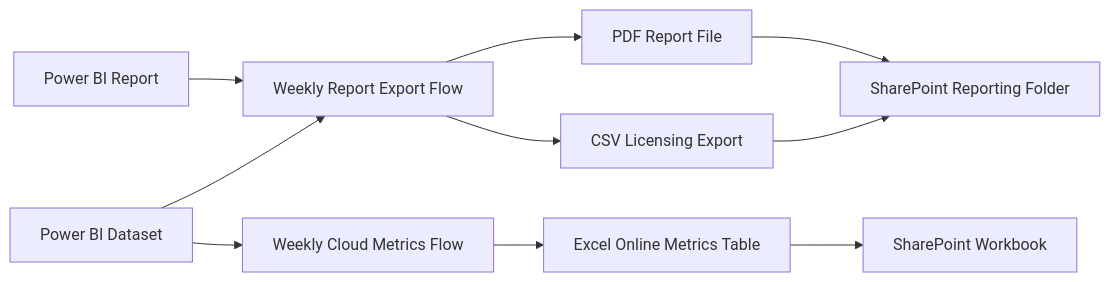
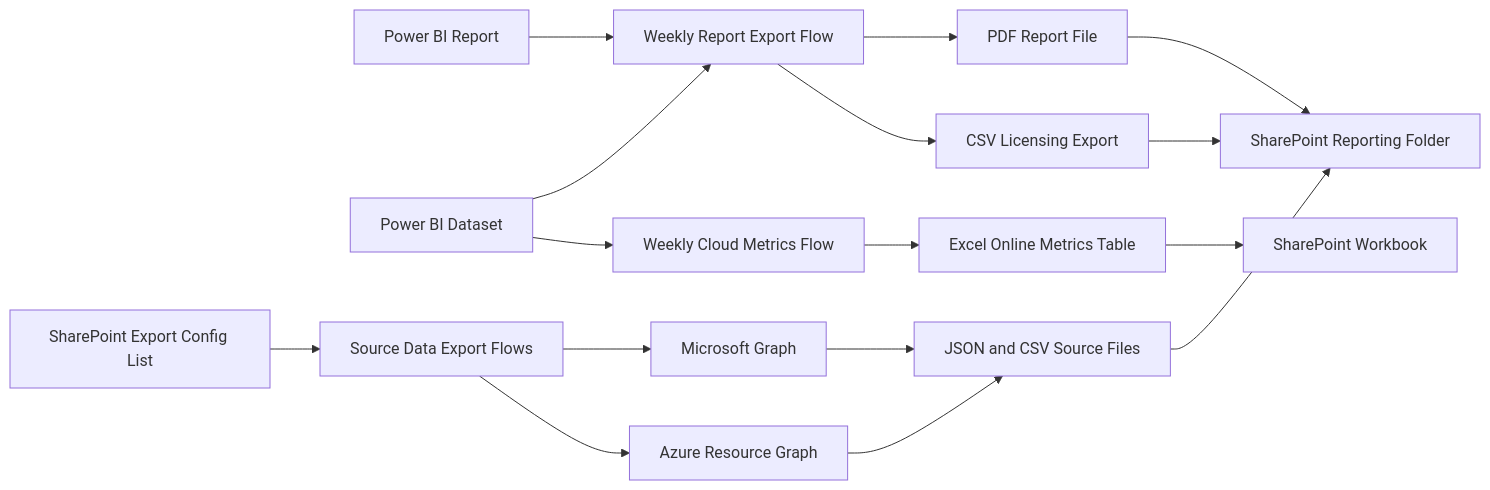
Before and after one commit to dorisanyahui/M365MetricsReport-PowerBI: the diagram in README.md, drawn with Mermaid. The commit also changed other lines of this file and 1 other file, not shown here.

````diff
--- a/README.md
+++ b/README.md
@@ -60,12 +74,18 @@
 ```mermaid
 flowchart LR
     A[Power BI Report] --> B[Weekly Report Export Flow]
     C[Power BI Dataset] --> B
     B --> D[PDF Report File]
     B --> E[CSV Licensing Export]
     D --> F[SharePoint Reporting Folder]
     E --> F
     C --> G[Weekly Cloud Metrics Flow]
     G --> H[Excel Online Metrics Table]
     H --> I[SharePoint Workbook]
+    J[SharePoint Export Config List] --> K[Source Data Export Flows]
+    K --> L[Microsoft Graph]
+    K --> M[Azure Resource Graph]
+    L --> N[JSON and CSV Source Files]
+    M --> N
+    N --> F
 ```
````
